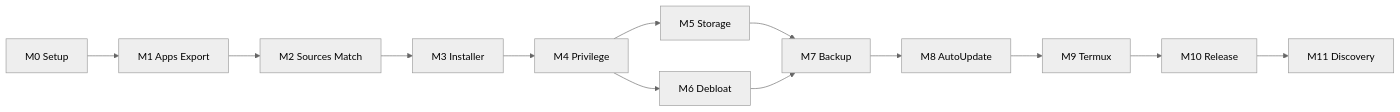
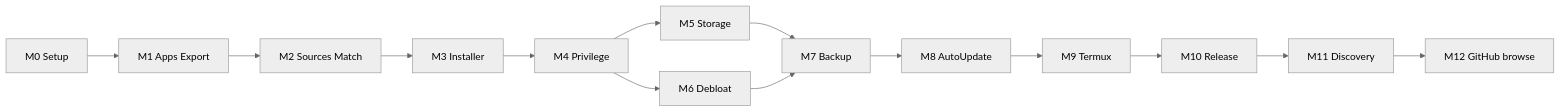
The diagram in docs/ROADMAP.md (involvex/kiln), drawn with Mermaid (neutral theme) before and after one commit. The commit also changed other lines of this file and 15 other files, not shown here.

First line of the commit message:
feat: M12 GitHub browse in Discover

````diff
--- a/docs/ROADMAP.md
+++ b/docs/ROADMAP.md
@@ -200,15 +202,16 @@
 ```mermaid
 flowchart LR
   M0[M0 Setup] --> M1[M1 Apps Export]
   M1 --> M2[M2 Sources Match]
   M2 --> M3[M3 Installer]
   M3 --> M4[M4 Privilege]
   M4 --> M5[M5 Storage]
   M4 --> M6[M6 Debloat]
   M5 --> M7[M7 Backup]
   M6 --> M7
   M7 --> M8[M8 AutoUpdate]
   M8 --> M9[M9 Termux]
   M9 --> M10[M10 Release]
   M10 --> M11[M11 Discovery]
+  M11 --> M12[M12 GitHub browse]
 ```
````
